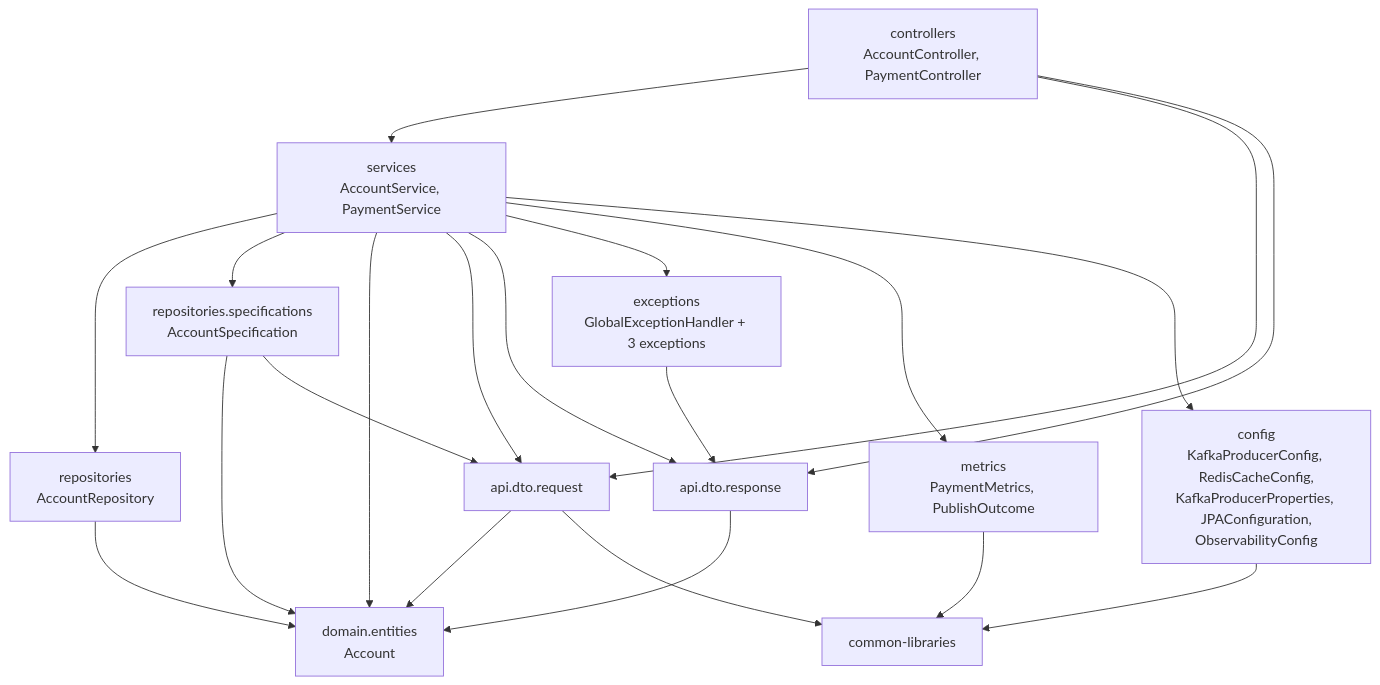
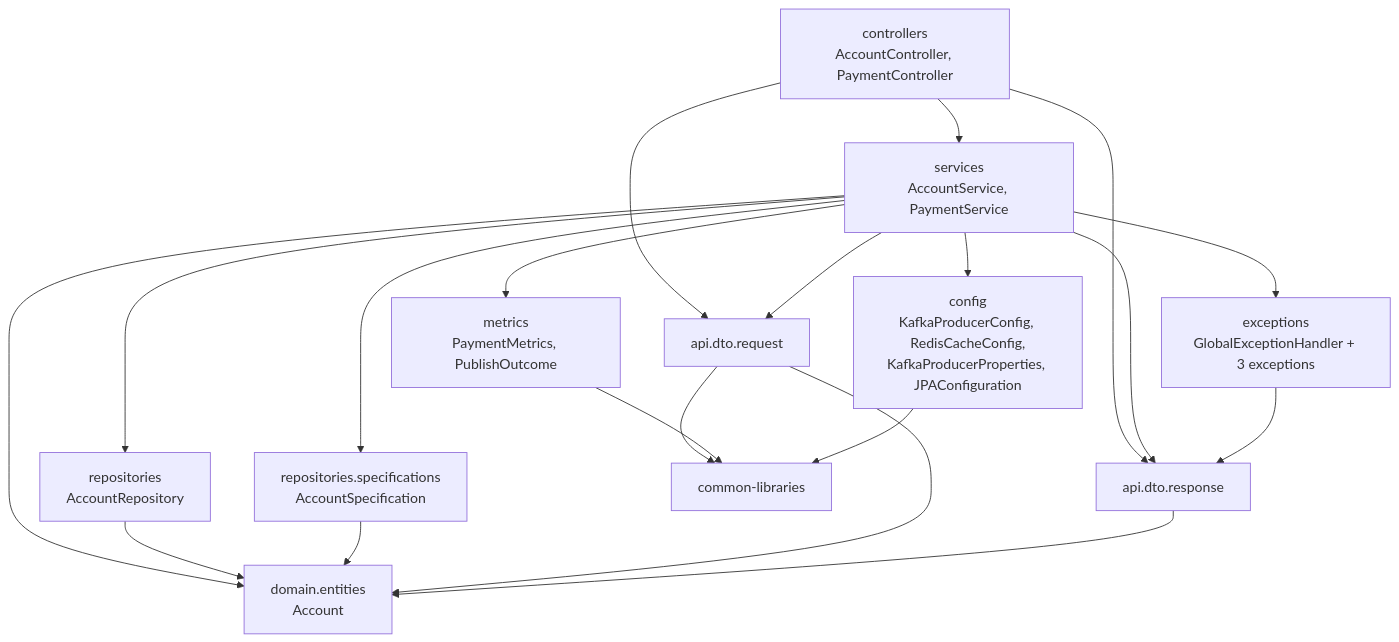
Before and after one commit to joaoPBessa/spring-kafka-payment-processor: the third of 6 diagrams in .cartographer/MAP.md, drawn with Mermaid. The commit also changed other lines of this file and 1 other file, not shown here.

First line of the commit message:
docs: record the architecture rules and refresh the map

````diff
--- a/.cartographer/MAP.md
+++ b/.cartographer/MAP.md
@@ -92,35 +92,34 @@
 ```mermaid
 flowchart TD
   controllers["controllers<br/>AccountController, PaymentController"]
   services["services<br/>AccountService, PaymentService"]
   dtoreq["api.dto.request"]
   dtores["api.dto.response"]
   exceptions["exceptions<br/>GlobalExceptionHandler + 3 exceptions"]
   repositories["repositories<br/>AccountRepository"]
   specs["repositories.specifications<br/>AccountSpecification"]
   entities["domain.entities<br/>Account"]
-  config["config<br/>KafkaProducerConfig, RedisCacheConfig,<br/>KafkaProducerProperties, JPAConfiguration,<br/>ObservabilityConfig"]
+  config["config<br/>KafkaProducerConfig, RedisCacheConfig,<br/>KafkaProducerProperties, JPAConfiguration"]
   metrics["metrics<br/>PaymentMetrics, PublishOutcome"]
   common["common-libraries"]
 
   controllers --> services
   controllers --> dtoreq
   controllers --> dtores
   services --> repositories
   services --> specs
   services --> entities
   services --> dtoreq
   services --> dtores
   services --> exceptions
   services --> metrics
   services --> config
   repositories --> entities
   specs --> entities
-  specs --> dtoreq
   exceptions --> dtores
   dtoreq --> entities
   dtores --> entities
   dtoreq --> common
   metrics --> common
   config --> common
 ```
````
